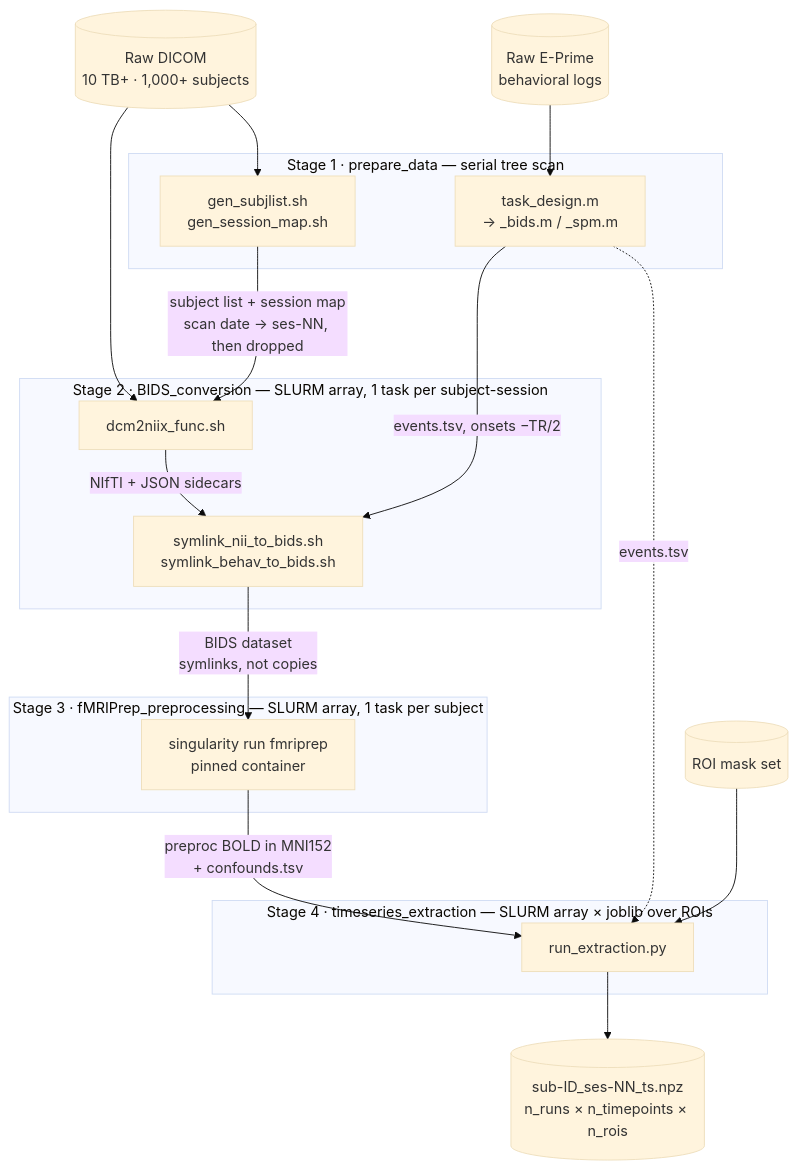
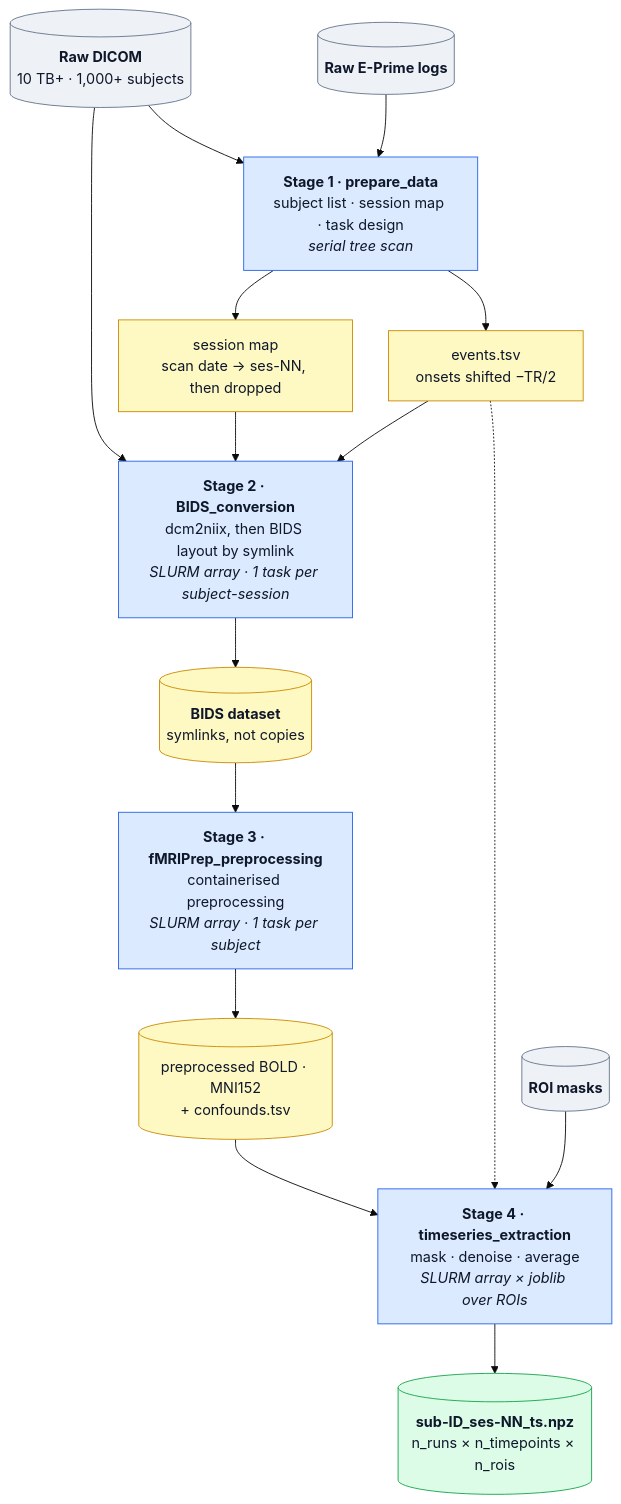
The diagram in README.md (linjjiang/fMRI_HPC_Pipeline), drawn with Mermaid (base theme) before and after one commit.

Commit message:
README: restructure pipeline diagram for readability
Replace the four subgraphs with a single linear spine. The subgraph
titles forced very wide boxes, and the edges that crossed subgraph
boundaries (raw DICOM into stage 2, events.tsv into stage 4) overlapped
the boxes they passed over.

Now: one node per stage carrying its own parallelism annotation, with
intermediate artifacts as separate nodes so the data contract between
stages is explicit. Adds node/rank spacing overrides and a colour
classDef with pinned text colour so it stays legible in both GitHub
light and dark themes.

````diff
--- a/README.md
+++ b/README.md
@@ -28,38 +28,42 @@
 ```mermaid
+%%{init: {"flowchart": {"nodeSpacing": 40, "rankSpacing": 55, "curve": "basis", "useMaxWidth": true}} }%%
 flowchart TD
-    RAW[("Raw DICOM<br/>10 TB+ · 1,000+ subjects")]
-    EP[("Raw E-Prime<br/>behavioral logs")]
+    RAW[("<b>Raw DICOM</b><br/>10 TB+ · 1,000+ subjects")]
+    EP[("<b>Raw E-Prime logs</b>")]
+    ROI[("<b>ROI masks</b>")]
 
-    subgraph ST1["Stage 1 · prepare_data — serial tree scan"]
-        A1["gen_subjlist.sh<br/>gen_session_map.sh"]
-        A2["task_design.m<br/>→ _bids.m / _spm.m"]
-    end
+    S1["<b>Stage 1 · prepare_data</b><br/>subject list · session map · task design<br/><i>serial tree scan</i>"]
+    MAP["session map<br/>scan date → ses-NN, then dropped"]
+    EV["events.tsv<br/>onsets shifted −TR/2"]
 
-    subgraph ST2["Stage 2 · BIDS_conversion — SLURM array, 1 task per subject-session"]
-        B1["dcm2niix_func.sh"]
-        B2["symlink_nii_to_bids.sh<br/>symlink_behav_to_bids.sh"]
-    end
+    S2["<b>Stage 2 · BIDS_conversion</b><br/>dcm2niix, then BIDS layout by symlink<br/><i>SLURM array · 1 task per subject-session</i>"]
+    BIDS[("<b>BIDS dataset</b><br/>symlinks, not copies")]
 
-    subgraph ST3["Stage 3 · fMRIPrep_preprocessing — SLURM array, 1 task per subject"]
-        C1["singularity run fmriprep<br/>pinned container"]
-    end
+    S3["<b>Stage 3 · fMRIPrep_preprocessing</b><br/>containerised preprocessing<br/><i>SLURM array · 1 task per subject</i>"]
+    DER[("preprocessed BOLD · MNI152<br/>+ confounds.tsv")]
 
-    subgraph ST4["Stage 4 · timeseries_extraction — SLURM array × joblib over ROIs"]
-        D1["run_extraction.py"]
-    end
+    S4["<b>Stage 4 · timeseries_extraction</b><br/>mask · denoise · average<br/><i>SLURM array × joblib over ROIs</i>"]
+    OUT[("<b>sub-ID_ses-NN_ts.npz</b><br/>n_runs × n_timepoints × n_rois")]
 
-    ROI[("ROI mask set")]
-    OUT[("sub-ID_ses-NN_ts.npz<br/>n_runs × n_timepoints × n_rois")]
+    RAW --> S1
+    EP --> S1
+    S1 --> MAP
+    S1 --> EV
+    RAW --> S2
+    MAP --> S2
+    EV --> S2
+    S2 --> BIDS --> S3 --> DER --> S4
+    EV -.-> S4
+    ROI --> S4
+    S4 --> OUT
 
-    RAW --> A1
-    RAW --> B1
-    EP --> A2
-    A1 -->|"subject list + session map<br/>scan date → ses-NN, then dropped"| B1
-    B1 -->|"NIfTI + JSON sidecars"| B2
-    A2 -->|"events.tsv, onsets −TR/2"| B2
-    B2 -->|"BIDS dataset<br/>symlinks, not copies"| C1
-    C1 -->|"preproc BOLD in MNI152<br/>+ confounds.tsv"| D1
-    A2 -.->|"events.tsv"| D1
-    ROI --> D1
-    D1 --> OUT
+    classDef src fill:#eef2f7,stroke:#64748b,color:#0f172a
+    classDef stage fill:#dbeafe,stroke:#2563eb,color:#0f172a
+    classDef mid fill:#fef9c3,stroke:#ca8a04,color:#0f172a
+    classDef out fill:#dcfce7,stroke:#16a34a,color:#0f172a
+
+    class RAW,EP,ROI src
+    class S1,S2,S3,S4 stage
+    class MAP,EV,BIDS,DER mid
+    class OUT out
 ```
````
